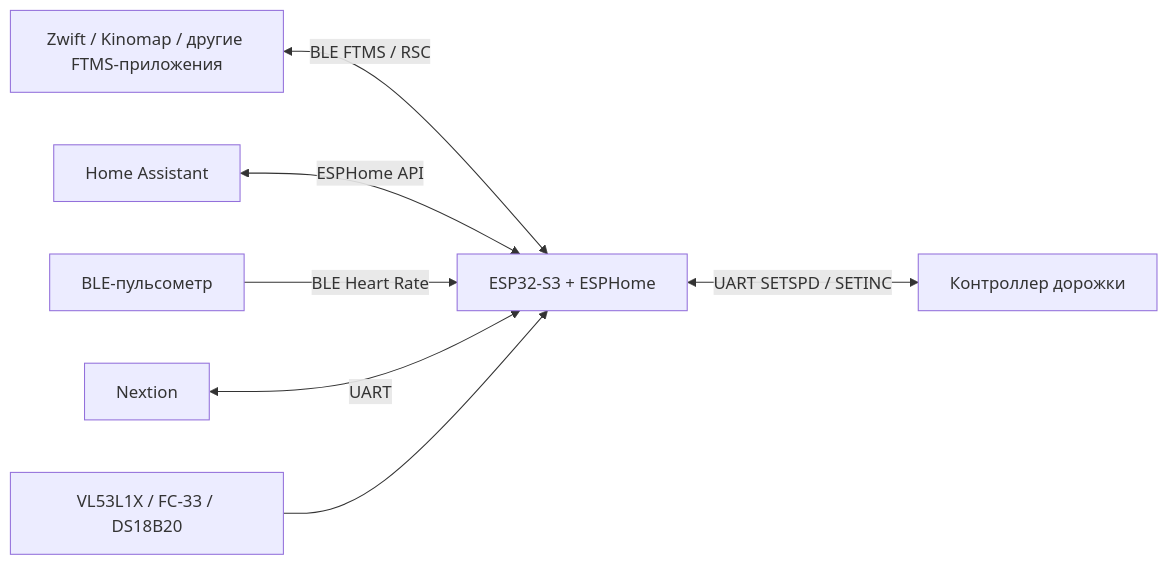
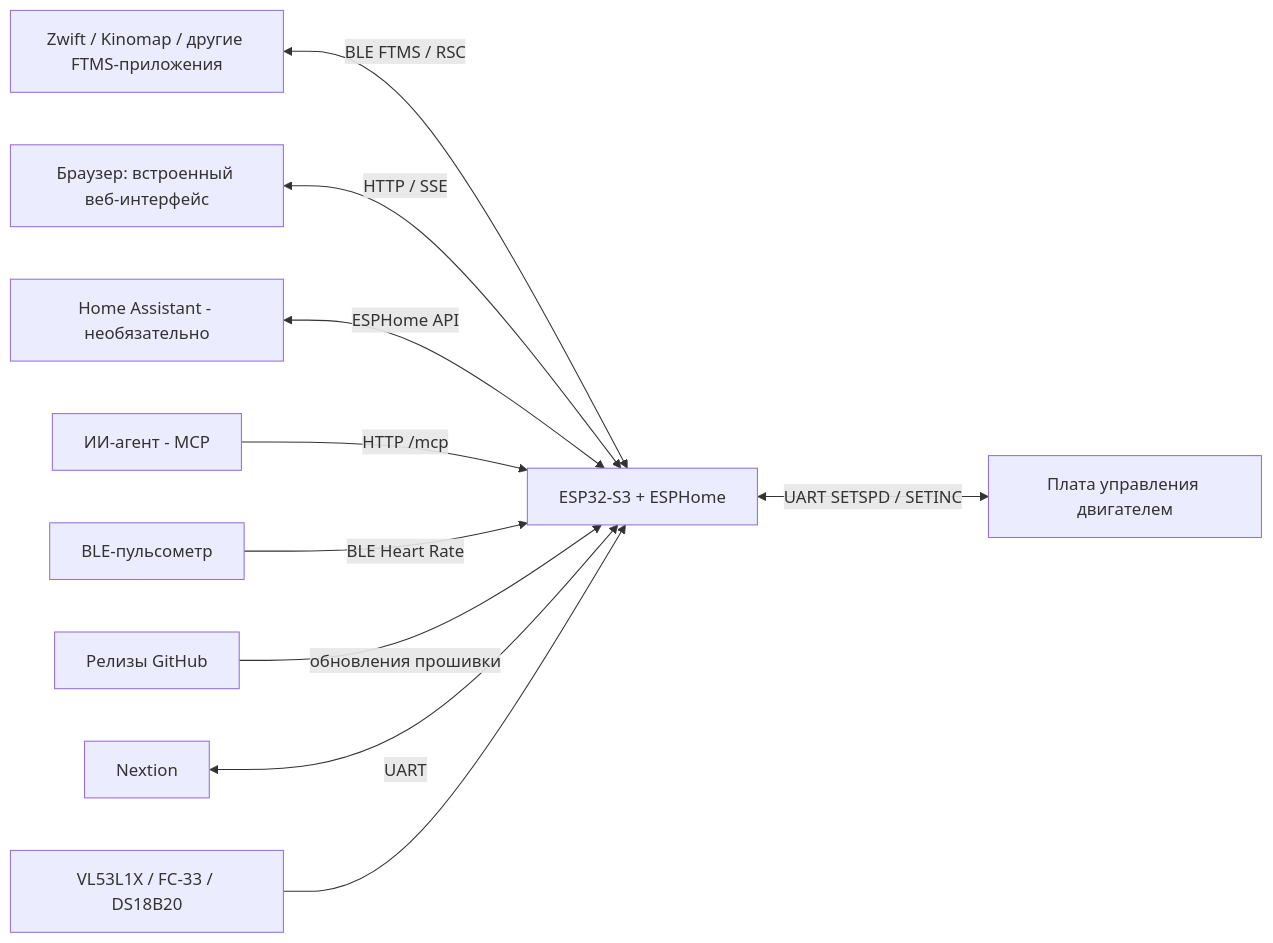
One commit to samsonovss/ESPHome-Treadmill-FTMS changed the diagram in README.ru.md. Above: the diagram before and after it, drawn with Mermaid. The commit also changed other lines of this file and 9 other files, not shown here.

Commit message:
Docs: new README (EN/RU), install, build, web UI, API and MCP guides

````diff
--- a/README.ru.md
+++ b/README.ru.md
@@ -22,17 +27,23 @@
 ```mermaid
 flowchart LR
     Apps[Zwift / Kinomap / другие FTMS-приложения]
-    HA[Home Assistant]
+    Web[Браузер: встроенный веб-интерфейс]
+    HA[Home Assistant - необязательно]
+    AI[ИИ-агент - MCP]
     HR[BLE-пульсометр]
+    GH[Релизы GitHub]
     ESP[ESP32-S3 + ESPHome]
     Display[Nextion]
     Sensors[VL53L1X / FC-33 / DS18B20]
-    Board[Контроллер дорожки]
+    Board[Плата управления двигателем]
 
     Apps <-->|BLE FTMS / RSC| ESP
+    Web <-->|HTTP / SSE| ESP
     HA <-->|ESPHome API| ESP
+    AI -->|HTTP /mcp| ESP
     HR -->|BLE Heart Rate| ESP
+    GH -->|обновления прошивки| ESP
     Display <-->|UART| ESP
     Sensors --> ESP
     ESP <-->|UART SETSPD / SETINC| Board
 ```
````
